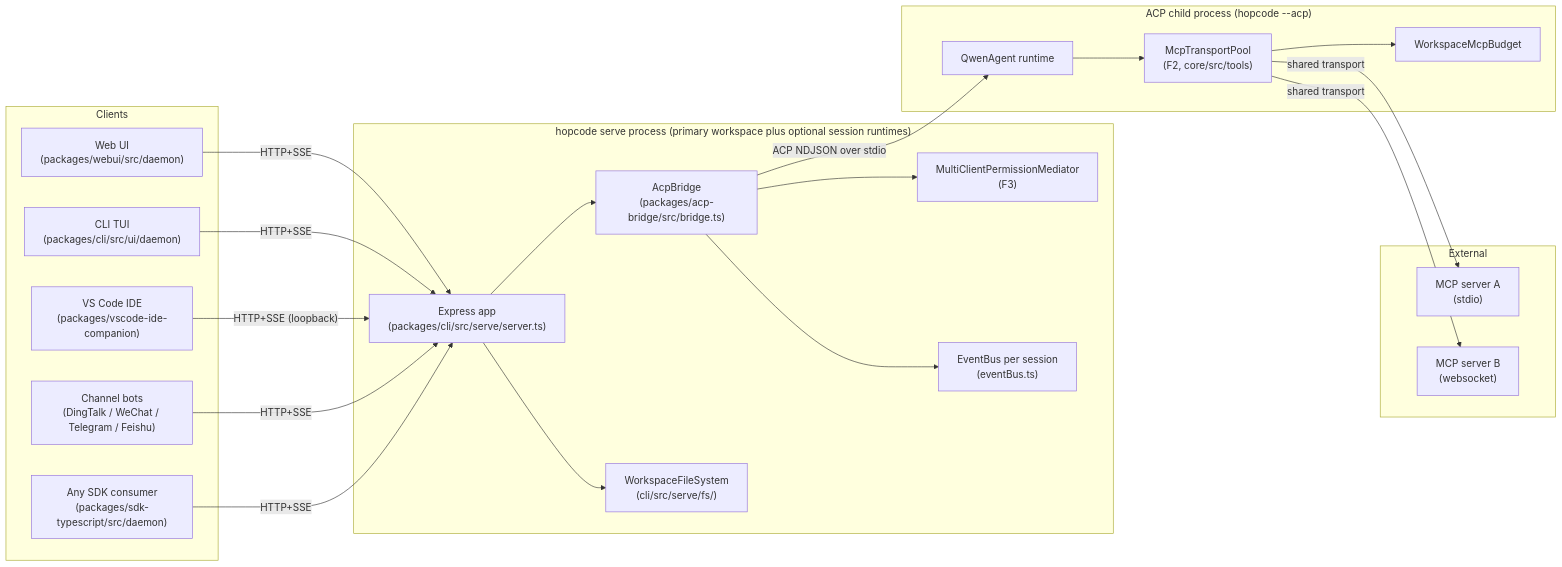
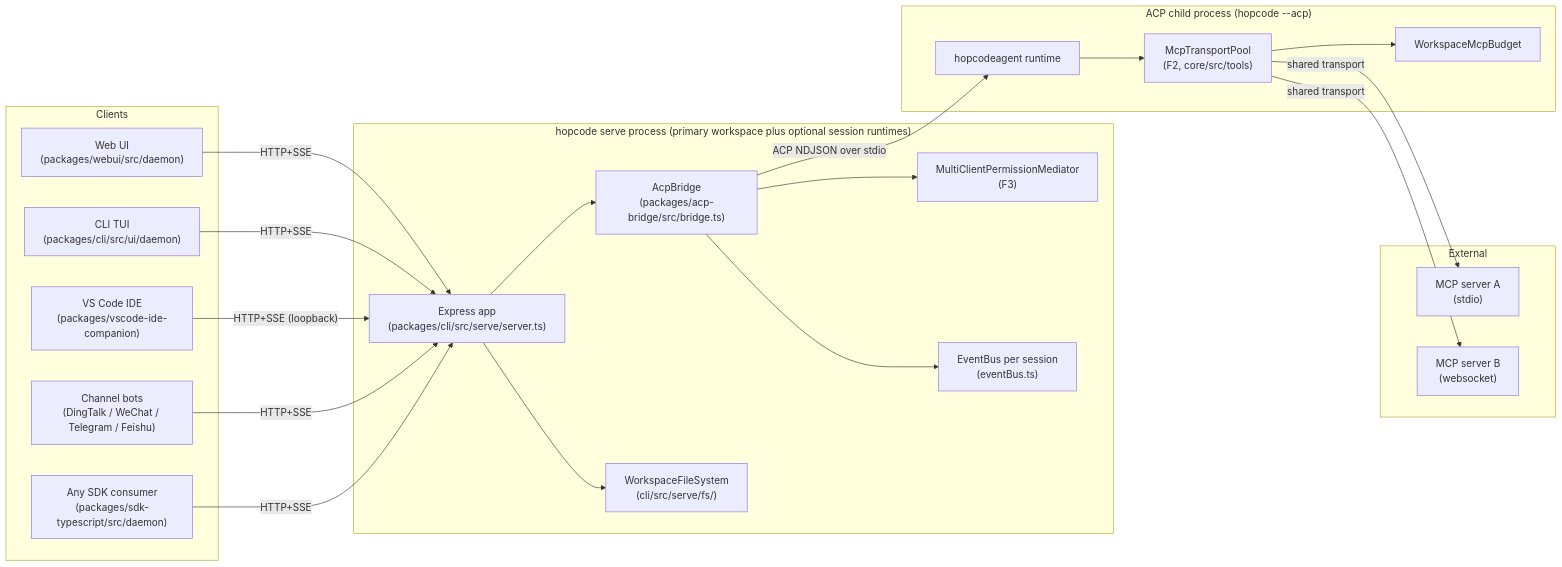
One commit to TaimoorSiddiquiOfficial/HopCode changed the first of 7 diagrams in docs/developers/daemon/01-architecture.md. Above: the diagram before and after it, drawn with Mermaid. The commit also changed 515 other files, not shown here.

````diff
--- a/docs/developers/daemon/01-architecture.md
+++ b/docs/developers/daemon/01-architecture.md
@@ -13,46 +13,46 @@
 ```mermaid
 flowchart LR
     subgraph clients["Clients"]
         WUI["Web UI<br/>(packages/webui/src/daemon)"]
         TUI["CLI TUI<br/>(packages/cli/src/ui/daemon)"]
         IDE["VS Code IDE<br/>(packages/vscode-ide-companion)"]
         CH["Channel bots<br/>(DingTalk / WeChat / Telegram / Feishu)"]
         SDK["Any SDK consumer<br/>(packages/sdk-typescript/src/daemon)"]
     end
 
     subgraph daemon["hopcode serve process (primary workspace plus optional session runtimes)"]
         EXP["Express app<br/>(packages/cli/src/serve/server.ts)"]
         BR["AcpBridge<br/>(packages/acp-bridge/src/bridge.ts)"]
         MED["MultiClientPermissionMediator<br/>(F3)"]
         EB["EventBus per session<br/>(eventBus.ts)"]
         FS["WorkspaceFileSystem<br/>(cli/src/serve/fs/)"]
     end
 
     subgraph child["ACP child process (hopcode --acp)"]
-        AGT["QwenAgent runtime"]
+        AGT["hopcodeagent runtime"]
         POOL["McpTransportPool<br/>(F2, core/src/tools)"]
         BDG["WorkspaceMcpBudget"]
     end
 
     subgraph external["External"]
         MCP1["MCP server A<br/>(stdio)"]
         MCP2["MCP server B<br/>(websocket)"]
     end
 
     WUI -- "HTTP+SSE" --> EXP
     TUI -- "HTTP+SSE" --> EXP
     IDE -- "HTTP+SSE (loopback)" --> EXP
     CH -- "HTTP+SSE" --> EXP
     SDK -- "HTTP+SSE" --> EXP
 
     EXP --> BR
     BR --> MED
     BR --> EB
     EXP --> FS
 
     BR -- "ACP NDJSON over stdio" --> AGT
     AGT --> POOL
     POOL --> BDG
     POOL -- "shared transport" --> MCP1
     POOL -- "shared transport" --> MCP2
 ```
````
